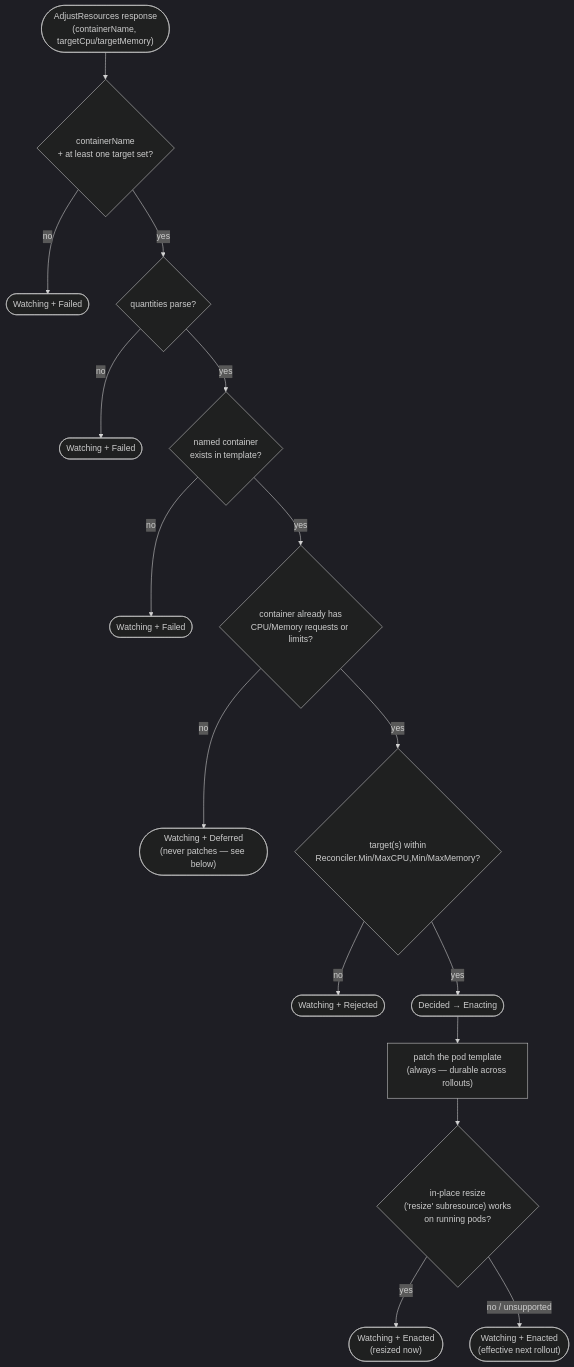
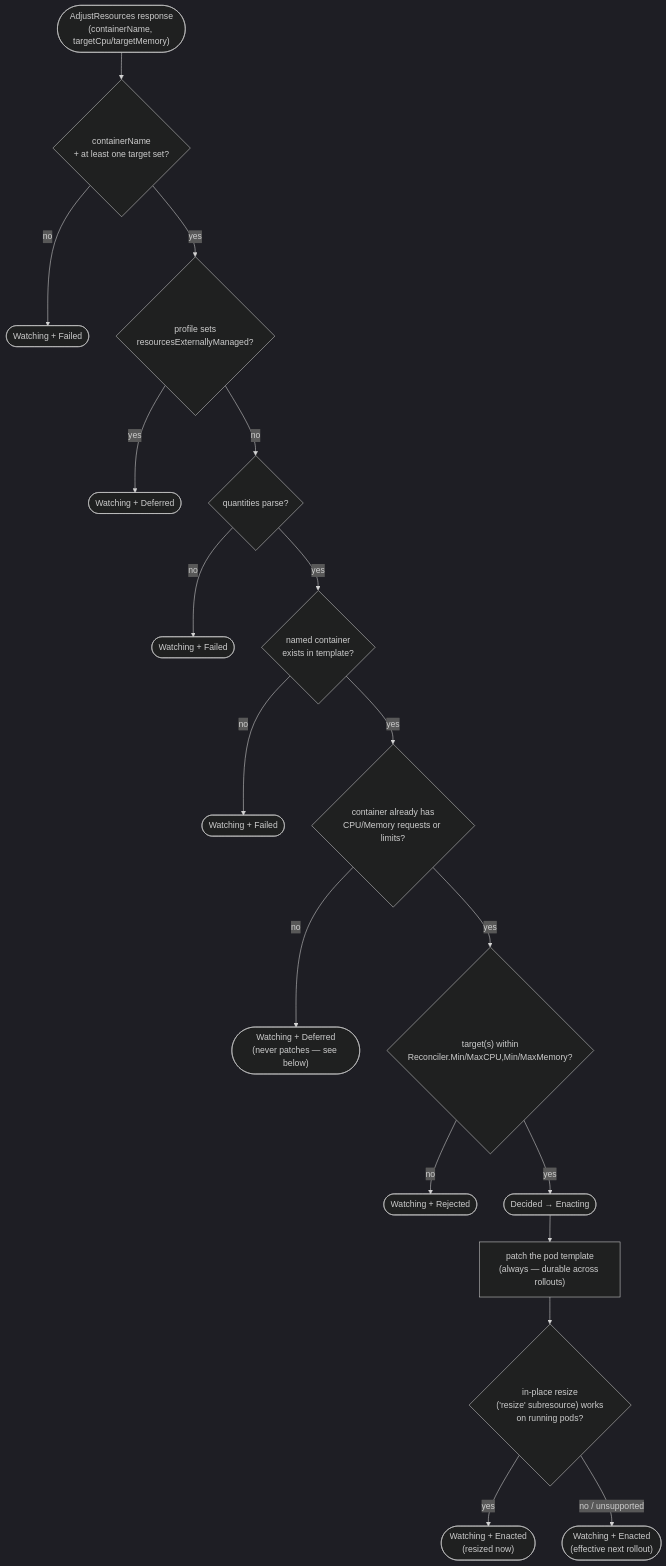
Diagram 14 of 35 in internal/rebalance/README.md (HIRO-MicroDataCenters-BV/hiro-adaptive-orchestrator), drawn with Mermaid (dark theme) before and after one commit. The commit also changed other lines of this file and 30 other files, not shown here.

Commit message:
Extend decision contract with node stats, rebalance facts, externally-managed flags, confidence and decidedBy

````diff
--- a/internal/rebalance/README.md
+++ b/internal/rebalance/README.md
@@ -688,18 +692,20 @@
 ```mermaid
 flowchart TD
     Resp(["AdjustResources response<br/>(containerName, targetCpu/targetMemory)"]) --> Named{"containerName<br/>+ at least one target set?"}
     Named -- no --> Failed1(["Watching + Failed"])
-    Named -- yes --> Parse{"quantities parse?"}
+    Named -- yes --> Ext{"profile sets<br/>resourcesExternallyManaged?"}
+    Ext -- yes --> Deferred0(["Watching + Deferred"])
+    Ext -- no --> Parse{"quantities parse?"}
     Parse -- no --> Failed2(["Watching + Failed"])
     Parse -- yes --> Found{"named container<br/>exists in template?"}
     Found -- no --> Failed3(["Watching + Failed"])
     Found -- yes --> Existing{"container already has<br/>CPU/Memory requests or limits?"}
     Existing -- no --> Deferred(["Watching + Deferred<br/>(never patches — see below)"])
     Existing -- yes --> Bounds{"target(s) within<br/>Reconciler.Min/MaxCPU,Min/MaxMemory?"}
     Bounds -- no --> Rejected(["Watching + Rejected"])
     Bounds -- yes --> Decided(["Decided → Enacting"])
     Decided --> Patch["patch the pod template<br/>(always — durable across rollouts)"]
     Patch --> Resize{"in-place resize<br/>('resize' subresource) works<br/>on running pods?"}
     Resize -- yes --> Enacted1(["Watching + Enacted<br/>(resized now)"])
     Resize -- no / unsupported --> Enacted2(["Watching + Enacted<br/>(effective next rollout)"])
 ```
````
